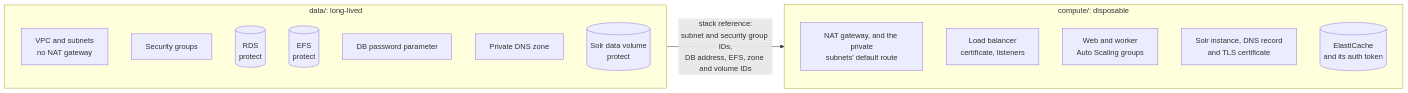
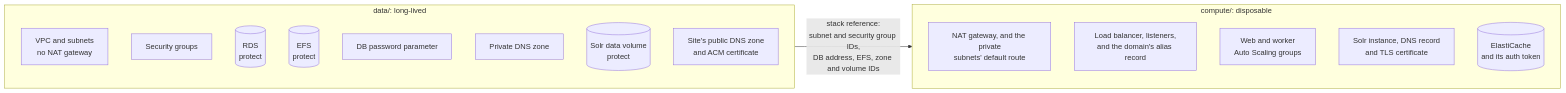
One commit to seek4science/seek changed the fourth of 4 diagrams in docs/pulumi-architecture.md. Above: the diagram before and after it, drawn with Mermaid. The commit also changed other lines of this file and 3 other files, not shown here.

First line of the commit message:
Document the site's domain and ACM certificate

````diff
--- a/docs/pulumi-architecture.md
+++ b/docs/pulumi-architecture.md
@@ -197,22 +203,23 @@
 ```mermaid
 flowchart LR
     subgraph data["data/: long-lived"]
         vpc["VPC and subnets<br/>no NAT gateway"]
         sgs["Security groups"]
         rds[("RDS<br/>protect")]
         efs[("EFS<br/>protect")]
         param["DB password parameter"]
         zone["Private DNS zone"]
         solrvol[("Solr data volume<br/>protect")]
+        site["Site's public DNS zone<br/>and ACM certificate"]
     end
 
     subgraph compute["compute/: disposable"]
         nat["NAT gateway, and the private<br/>subnets' default route"]
-        alb["Load balancer<br/>certificate, listeners"]
+        alb["Load balancer, listeners,<br/>and the domain's alias record"]
         groups["Web and worker<br/>Auto Scaling groups"]
         solr["Solr instance, DNS record<br/>and TLS certificate"]
         redis[("ElastiCache<br/>and its auth token")]
     end
 
     data -- "stack reference:<br/>subnet and security group IDs,<br/>DB address, EFS, zone and volume IDs" --> compute
 ```
````
